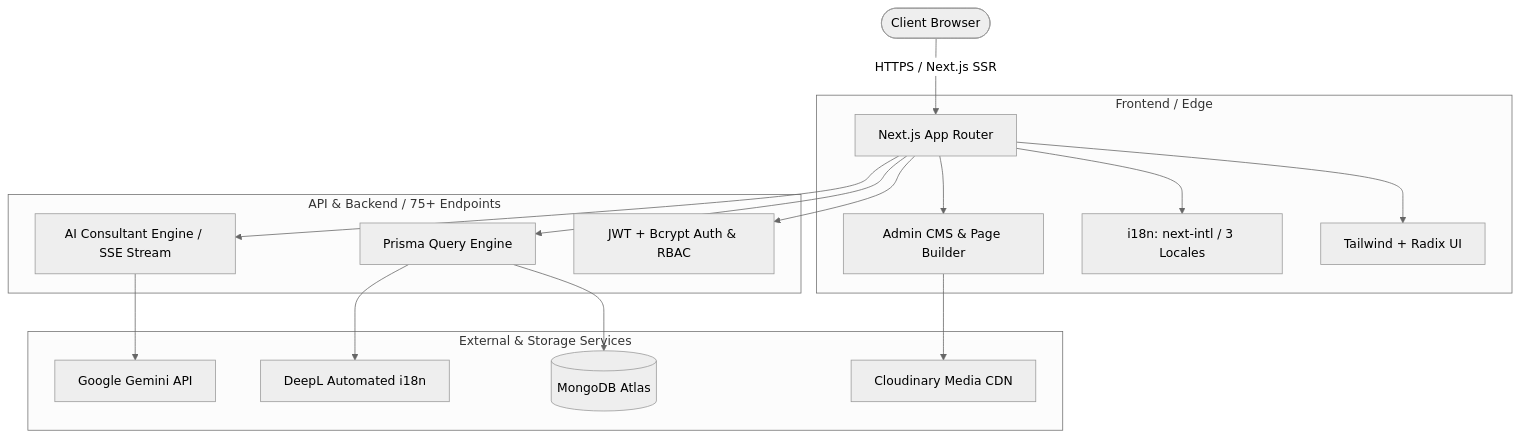
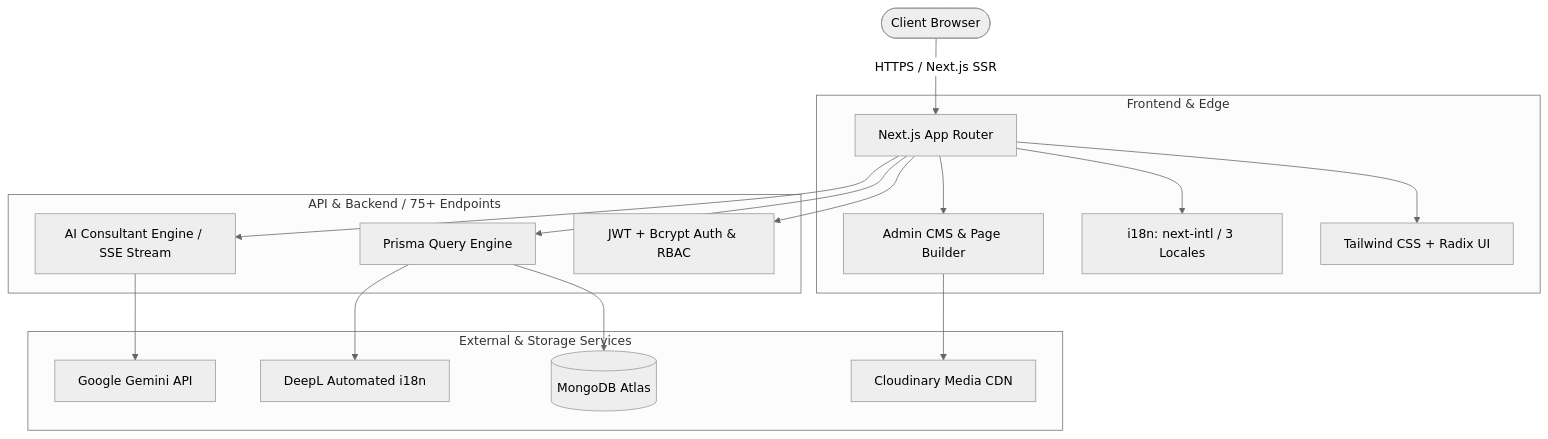
Before and after one commit to maxtkach/art-r-case-study: the first of 2 diagrams in README.md, drawn with Mermaid (neutral theme).

Commit message:
Sanitize Mermaid diagram syntax and quoting

````diff
--- a/README.md
+++ b/README.md
@@ -23,23 +23,23 @@
 ```mermaid
 graph TD
-    Client([Client Browser]) -->|HTTPS / Next.js SSR| AppRouter[Next.js App Router]
+    Client(["Client Browser"]) -->|HTTPS / Next.js SSR| AppRouter["Next.js App Router"]
     
-    subgraph Frontend / Edge
-        AppRouter --> UI[Tailwind + Radix UI]
-        AppRouter --> LocalStore[i18n: next-intl / 3 Locales]
-        AppRouter --> AdminPanel[Admin CMS & Page Builder]
+    subgraph FrontendGroup ["Frontend & Edge"]
+        AppRouter --> UI["Tailwind CSS + Radix UI"]
+        AppRouter --> LocalStore["i18n: next-intl / 3 Locales"]
+        AppRouter --> AdminPanel["Admin CMS & Page Builder"]
     end
 
-    subgraph API & Backend / 75+ Endpoints
-        AppRouter --> AuthAPI[JWT + Bcrypt Auth & RBAC]
-        AppRouter --> CatalogAPI[Prisma Query Engine]
-        AppRouter --> AIConsultantAPI[AI Consultant Engine / SSE Stream]
+    subgraph APIGroup ["API & Backend / 75+ Endpoints"]
+        AppRouter --> AuthAPI["JWT + Bcrypt Auth & RBAC"]
+        AppRouter --> CatalogAPI["Prisma Query Engine"]
+        AppRouter --> AIConsultantAPI["AI Consultant Engine / SSE Stream"]
     end
 
-    subgraph External & Storage Services
-        CatalogAPI --> MongoDB[(MongoDB Atlas)]
-        AIConsultantAPI --> Gemini[Google Gemini API]
-        AdminPanel --> Cloudinary[Cloudinary Media CDN]
-        CatalogAPI --> DeepL[DeepL Automated i18n]
+    subgraph ExternalGroup ["External & Storage Services"]
+        CatalogAPI --> MongoDB[("MongoDB Atlas")]
+        AIConsultantAPI --> Gemini["Google Gemini API"]
+        AdminPanel --> Cloudinary["Cloudinary Media CDN"]
+        CatalogAPI --> DeepL["DeepL Automated i18n"]
     end
 ```
````
